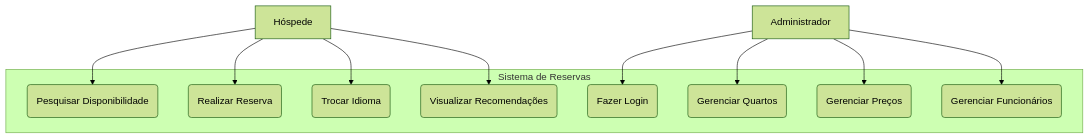
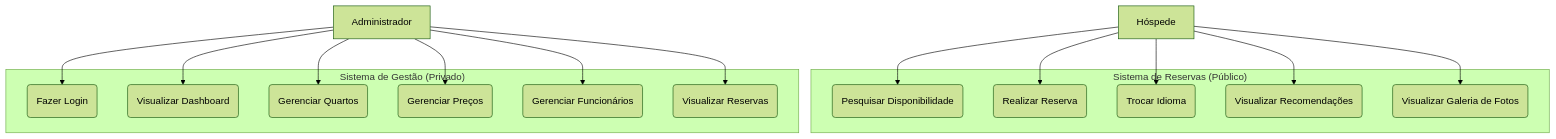
The diagram in DOCUMENTATION.md (gabriel1234-lab/Albergue), drawn with Mermaid (forest theme) before and after one commit. The commit also changed other lines of this file and 1 other file, not shown here.

Commit message:
feat: complete website localization and project documentation
- Resolved i18n bugs in search bar, vacancies popup, and footer.
- Implemented full 5-language support (PT, EN, FR, DE, ZH) across all components.
- Added neighborhood gallery and updated visuals with Santa Teresa landmarks.
- Created DOCUMENTATION.md with Mermaid diagrams (Use Case), requirements, and business rules.
- Created PRESENTATION.md (Marp format) for project slides.
- Refined administrative and public system use cases.
- Verified production build.

````diff
--- a/DOCUMENTATION.md
+++ b/DOCUMENTATION.md
@@ -12,23 +12,35 @@
 ```mermaid
 graph TD
-    subgraph "Sistema de Reservas"
+    Guest[Hóspede]
+    Admin[Administrador]
+
+    subgraph "Sistema de Reservas (Público)"
         UC1(Pesquisar Disponibilidade)
         UC2(Realizar Reserva)
         UC3(Trocar Idioma)
         UC4(Visualizar Recomendações)
+        UC10(Visualizar Galeria de Fotos)
+    end
+
+    subgraph "Sistema de Gestão (Privado)"
         UC5(Fazer Login)
+        UC9(Visualizar Dashboard)
         UC6(Gerenciar Quartos)
         UC7(Gerenciar Preços)
         UC8(Gerenciar Funcionários)
+        UC11(Visualizar Reservas)
     end
 
-    Guest[Hóspede] --> UC1
+    Guest --> UC1
     Guest --> UC2
     Guest --> UC3
     Guest --> UC4
+    Guest --> UC10
 
-    Admin[Administrador] --> UC5
+    Admin --> UC5
+    Admin --> UC9
     Admin --> UC6
     Admin --> UC7
     Admin --> UC8
+    Admin --> UC11
 ```
````
